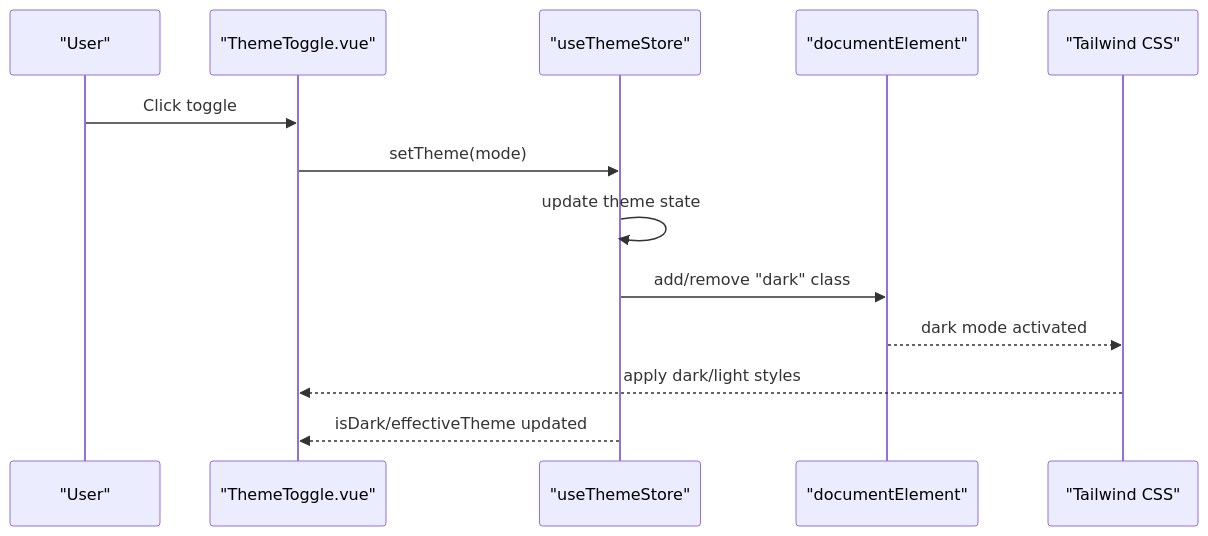
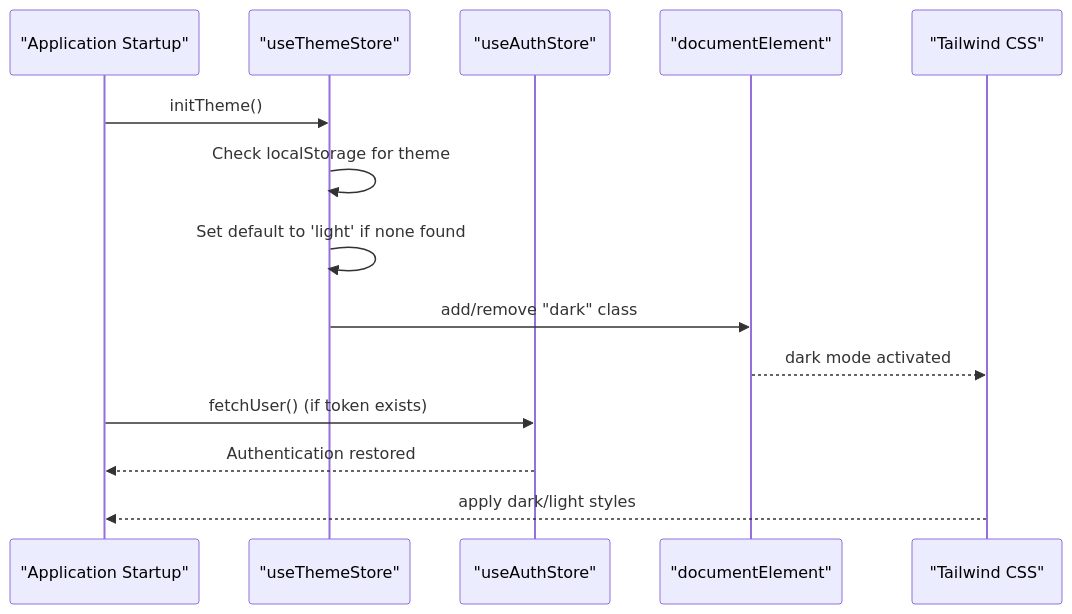
The second of 7 diagrams in .qoder/repowiki/en/content/Frontend Architecture/Theming and Customization.md (Nikita5543/New-SSO-02), drawn with Mermaid before and after one commit. The commit also changed other lines of this file and 3 other files, not shown here.

Commit message:
commit-dev-theme_light-0.3

````diff
--- a/.qoder/repowiki/en/content/Frontend Architecture/Theming and Customization.md
+++ b/.qoder/repowiki/en/content/Frontend Architecture/Theming and Customization.md
@@ -111,15 +123,16 @@
 ```mermaid
 sequenceDiagram
-participant U as "User"
-participant TT as "ThemeToggle.vue"
+participant APP as "Application Startup"
 participant TS as "useThemeStore"
+participant AUTH as "useAuthStore"
 participant DOM as "documentElement"
 participant TW as "Tailwind CSS"
-U->>TT : Click toggle
-TT->>TS : setTheme(mode)
-TS->>TS : update theme state
+APP->>TS : initTheme()
+TS->>TS : Check localStorage for theme
+TS->>TS : Set default to 'light' if none found
 TS->>DOM : add/remove "dark" class
 DOM-->>TW : dark mode activated
-TW-->>TT : apply dark/light styles
-TS-->>TT : isDark/effectiveTheme updated
+APP->>AUTH : fetchUser() (if token exists)
+AUTH-->>APP : Authentication restored
+TW-->>APP : apply dark/light styles
 ```
````
